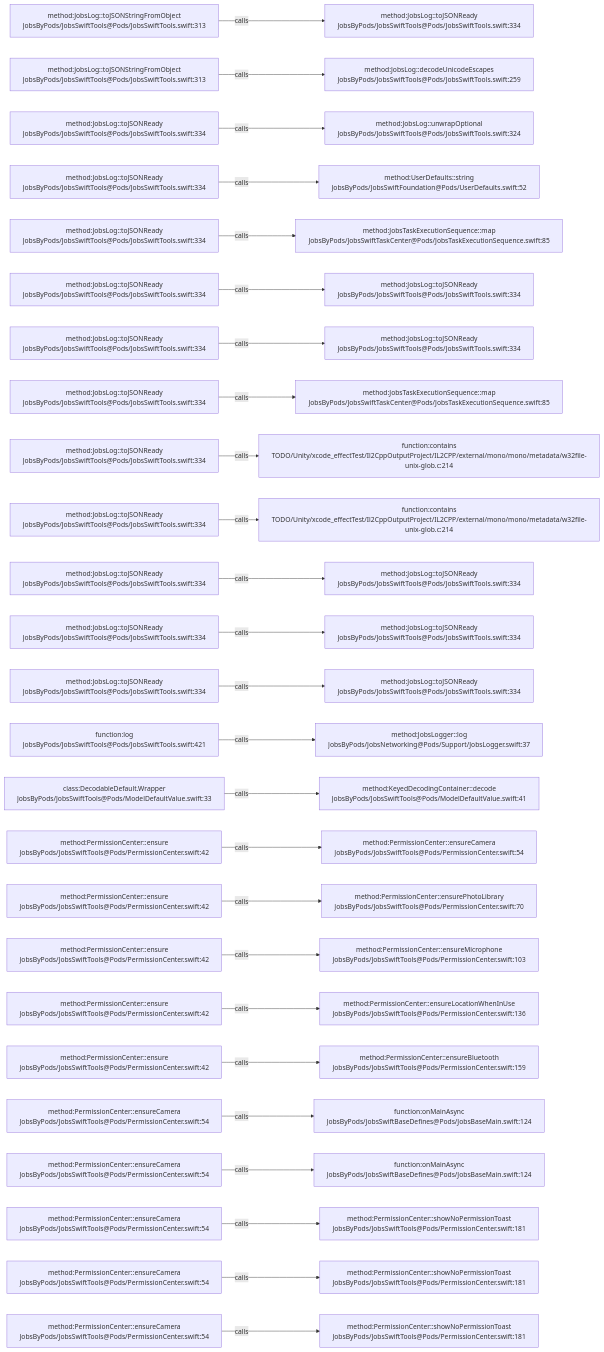
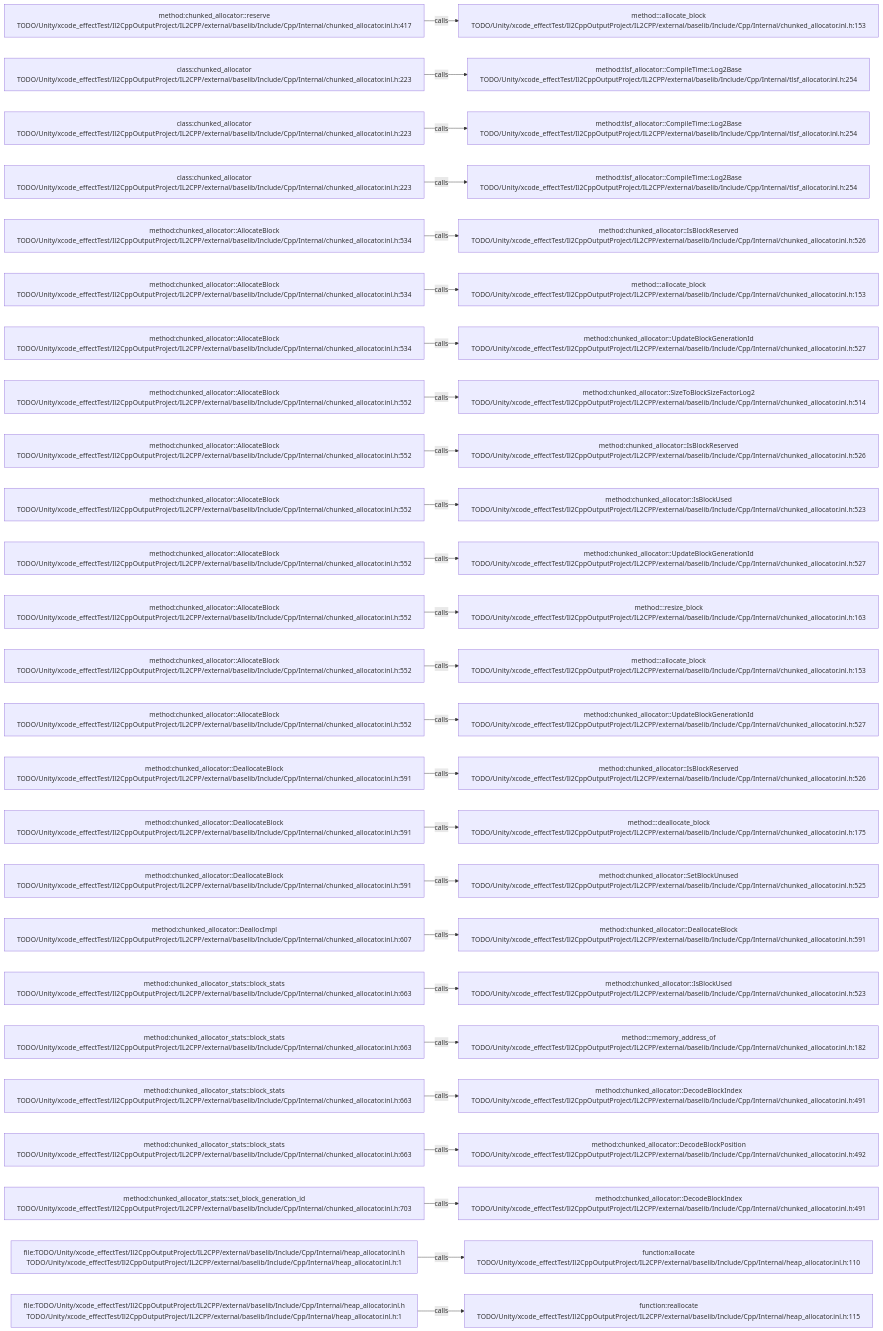
The diagram in .codegraph/codegraph.md/graphs/calls-065.md (JobsKits/JobsSwiftBaseConfigDemo), drawn with Mermaid before and after one commit. The commit also changed 227 other files, not shown here.

````diff
--- a/.codegraph/codegraph.md/graphs/calls-065.md
+++ b/.codegraph/codegraph.md/graphs/calls-065.md
@@ -13,78 +13,78 @@
 ```mermaid
 flowchart LR
-  S1["method:JobsLog::toJSONStringFromObject<br/>JobsByPods/JobsSwiftTools@Pods/JobsSwiftTools.swift:313"]
-  T1["method:JobsLog::toJSONReady<br/>JobsByPods/JobsSwiftTools@Pods/JobsSwiftTools.swift:334"]
+  S1["method:chunked_allocator::reserve<br/>TODO/Unity/xcode_effectTest/Il2CppOutputProject/IL2CPP/external/baselib/Include/Cpp/Internal/chunked_allocator.inl.h:417"]
+  T1["method:<anonymous>::allocate_block<br/>TODO/Unity/xcode_effectTest/Il2CppOutputProject/IL2CPP/external/baselib/Include/Cpp/Internal/chunked_allocator.inl.h:153"]
   S1 -->|calls| T1
-  S2["method:JobsLog::toJSONStringFromObject<br/>JobsByPods/JobsSwiftTools@Pods/JobsSwiftTools.swift:313"]
-  T2["method:JobsLog::decodeUnicodeEscapes<br/>JobsByPods/JobsSwiftTools@Pods/JobsSwiftTools.swift:259"]
+  S2["class:chunked_allocator<br/>TODO/Unity/xcode_effectTest/Il2CppOutputProject/IL2CPP/external/baselib/Include/Cpp/Internal/chunked_allocator.inl.h:223"]
+  T2["method:tlsf_allocator::CompileTime::Log2Base<br/>TODO/Unity/xcode_effectTest/Il2CppOutputProject/IL2CPP/external/baselib/Include/Cpp/Internal/tlsf_allocator.inl.h:254"]
   S2 -->|calls| T2
-  S3["method:JobsLog::toJSONReady<br/>JobsByPods/JobsSwiftTools@Pods/JobsSwiftTools.swift:334"]
-  T3["method:JobsLog::unwrapOptional<br/>JobsByPods/JobsSwiftTools@Pods/JobsSwiftTools.swift:324"]
+  S3["class:chunked_allocator<br/>TODO/Unity/xcode_effectTest/Il2CppOutputProject/IL2CPP/external/baselib/Include/Cpp/Internal/chunked_allocator.inl.h:223"]
+  T3["method:tlsf_allocator::CompileTime::Log2Base<br/>TODO/Unity/xcode_effectTest/Il2CppOutputProject/IL2CPP/external/baselib/Include/Cpp/Internal/tlsf_allocator.inl.h:254"]
   S3 -->|calls| T3
-  S4["method:JobsLog::toJSONReady<br/>JobsByPods/JobsSwiftTools@Pods/JobsSwiftTools.swift:334"]
-  T4["method:UserDefaults::string<br/>JobsByPods/JobsSwiftFoundation@Pods/UserDefaults.swift:52"]
+  S4["class:chunked_allocator<br/>TODO/Unity/xcode_effectTest/Il2CppOutputProject/IL2CPP/external/baselib/Include/Cpp/Internal/chunked_allocator.inl.h:223"]
+  T4["method:tlsf_allocator::CompileTime::Log2Base<br/>TODO/Unity/xcode_effectTest/Il2CppOutputProject/IL2CPP/external/baselib/Include/Cpp/Internal/tlsf_allocator.inl.h:254"]
   S4 -->|calls| T4
-  S5["method:JobsLog::toJSONReady<br/>JobsByPods/JobsSwiftTools@Pods/JobsSwiftTools.swift:334"]
-  T5["method:JobsTaskExecutionSequence::map<br/>JobsByPods/JobsSwiftTaskCenter@Pods/JobsTaskExecutionSequence.swift:85"]
+  S5["method:chunked_allocator::AllocateBlock<br/>TODO/Unity/xcode_effectTest/Il2CppOutputProject/IL2CPP/external/baselib/Include/Cpp/Internal/chunked_allocator.inl.h:534"]
+  T5["method:chunked_allocator::IsBlockReserved<br/>TODO/Unity/xcode_effectTest/Il2CppOutputProject/IL2CPP/external/baselib/Include/Cpp/Internal/chunked_allocator.inl.h:526"]
   S5 -->|calls| T5
-  S6["method:JobsLog::toJSONReady<br/>JobsByPods/JobsSwiftTools@Pods/JobsSwiftTools.swift:334"]
-  T6["method:JobsLog::toJSONReady<br/>JobsByPods/JobsSwiftTools@Pods/JobsSwiftTools.swift:334"]
+  S6["method:chunked_allocator::AllocateBlock<br/>TODO/Unity/xcode_effectTest/Il2CppOutputProject/IL2CPP/external/baselib/Include/Cpp/Internal/chunked_allocator.inl.h:534"]
+  T6["method:<anonymous>::allocate_block<br/>TODO/Unity/xcode_effectTest/Il2CppOutputProject/IL2CPP/external/baselib/Include/Cpp/Internal/chunked_allocator.inl.h:153"]
   S6 -->|calls| T6
-  S7["method:JobsLog::toJSONReady<br/>JobsByPods/JobsSwiftTools@Pods/JobsSwiftTools.swift:334"]
-  T7["method:JobsLog::toJSONReady<br/>JobsByPods/JobsSwiftTools@Pods/JobsSwiftTools.swift:334"]
+  S7["method:chunked_allocator::AllocateBlock<br/>TODO/Unity/xcode_effectTest/Il2CppOutputProject/IL2CPP/external/baselib/Include/Cpp/Internal/chunked_allocator.inl.h:534"]
+  T7["method:chunked_allocator::UpdateBlockGenerationId<br/>TODO/Unity/xcode_effectTest/Il2CppOutputProject/IL2CPP/external/baselib/Include/Cpp/Internal/chunked_allocator.inl.h:527"]
   S7 -->|calls| T7
-  S8["method:JobsLog::toJSONReady<br/>JobsByPods/JobsSwiftTools@Pods/JobsSwiftTools.swift:334"]
-  T8["method:JobsTaskExecutionSequence::map<br/>JobsByPods/JobsSwiftTaskCenter@Pods/JobsTaskExecutionSequence.swift:85"]
+  S8["method:chunked_allocator::AllocateBlock<br/>TODO/Unity/xcode_effectTest/Il2CppOutputProject/IL2CPP/external/baselib/Include/Cpp/Internal/chunked_allocator.inl.h:552"]
+  T8["method:chunked_allocator::SizeToBlockSizeFactorLog2<br/>TODO/Unity/xcode_effectTest/Il2CppOutputProject/IL2CPP/external/baselib/Include/Cpp/Internal/chunked_allocator.inl.h:514"]
   S8 -->|calls| T8
-  S9["method:JobsLog::toJSONReady<br/>JobsByPods/JobsSwiftTools@Pods/JobsSwiftTools.swift:334"]
-  T9["function:contains<br/>TODO/Unity/xcode_effectTest/Il2CppOutputProject/IL2CPP/external/mono/mono/metadata/w32file-unix-glob.c:214"]
+  S9["method:chunked_allocator::AllocateBlock<br/>TODO/Unity/xcode_effectTest/Il2CppOutputProject/IL2CPP/external/baselib/Include/Cpp/Internal/chunked_allocator.inl.h:552"]
+  T9["method:chunked_allocator::IsBlockReserved<br/>TODO/Unity/xcode_effectTest/Il2CppOutputProject/IL2CPP/external/baselib/Include/Cpp/Internal/chunked_allocator.inl.h:526"]
   S9 -->|calls| T9
-  S10["method:JobsLog::toJSONReady<br/>JobsByPods/JobsSwiftTools@Pods/JobsSwiftTools.swift:334"]
-  T10["function:contains<br/>TODO/Unity/xcode_effectTest/Il2CppOutputProject/IL2CPP/external/mono/mono/metadata/w32file-unix-glob.c:214"]
+  S10["method:chunked_allocator::AllocateBlock<br/>TODO/Unity/xcode_effectTest/Il2CppOutputProject/IL2CPP/external/baselib/Include/Cpp/Internal/chunked_allocator.inl.h:552"]
+  T10["method:chunked_allocator::IsBlockUsed<br/>TODO/Unity/xcode_effectTest/Il2CppOutputProject/IL2CPP/external/baselib/Include/Cpp/Internal/chunked_allocator.inl.h:523"]
   S10 -->|calls| T10
-  S11["method:JobsLog::toJSONReady<br/>JobsByPods/JobsSwiftTools@Pods/JobsSwiftTools.swift:334"]
-  T11["method:JobsLog::toJSONReady<br/>JobsByPods/JobsSwiftTools@Pods/JobsSwiftTools.swift:334"]
+  S11["method:chunked_allocator::AllocateBlock<br/>TODO/Unity/xcode_effectTest/Il2CppOutputProject/IL2CPP/external/baselib/Include/Cpp/Internal/chunked_allocator.inl.h:552"]
+  T11["method:chunked_allocator::UpdateBlockGenerationId<br/>TODO/Unity/xcode_effectTest/Il2CppOutputProject/IL2CPP/external/baselib/Include/Cpp/Internal/chunked_allocator.inl.h:527"]
   S11 -->|calls| T11
-  S12["method:JobsLog::toJSONReady<br/>JobsByPods/JobsSwiftTools@Pods/JobsSwiftTools.swift:334"]
-  T12["method:JobsLog::toJSONReady<br/>JobsByPods/JobsSwiftTools@Pods/JobsSwiftTools.swift:334"]
+  S12["method:chunked_allocator::AllocateBlock<br/>TODO/Unity/xcode_effectTest/Il2CppOutputProject/IL2CPP/external/baselib/Include/Cpp/Internal/chunked_allocator.inl.h:552"]
+  T12["method:<anonymous>::resize_block<br/>TODO/Unity/xcode_effectTest/Il2CppOutputProject/IL2CPP/external/baselib/Include/Cpp/Internal/chunked_allocator.inl.h:163"]
   S12 -->|calls| T12
-  S13["method:JobsLog::toJSONReady<br/>JobsByPods/JobsSwiftTools@Pods/JobsSwiftTools.swift:334"]
-  T13["method:JobsLog::toJSONReady<br/>JobsByPods/JobsSwiftTools@Pods/JobsSwiftTools.swift:334"]
+  S13["method:chunked_allocator::AllocateBlock<br/>TODO/Unity/xcode_effectTest/Il2CppOutputProject/IL2CPP/external/baselib/Include/Cpp/Internal/chunked_allocator.inl.h:552"]
+  T13["method:<anonymous>::allocate_block<br/>TODO/Unity/xcode_effectTest/Il2CppOutputProject/IL2CPP/external/baselib/Include/Cpp/Internal/chunked_allocator.inl.h:153"]
   S13 -->|calls| T13
-  S14["function:log<br/>JobsByPods/JobsSwiftTools@Pods/JobsSwiftTools.swift:421"]
-  T14["method:JobsLogger::log<br/>JobsByPods/JobsNetworking@Pods/Support/JobsLogger.swift:37"]
+  S14["method:chunked_allocator::AllocateBlock<br/>TODO/Unity/xcode_effectTest/Il2CppOutputProject/IL2CPP/external/baselib/Include/Cpp/Internal/chunked_allocator.inl.h:552"]
+  T14["method:chunked_allocator::UpdateBlockGenerationId<br/>TODO/Unity/xcode_effectTest/Il2CppOutputProject/IL2CPP/external/baselib/Include/Cpp/Internal/chunked_allocator.inl.h:527"]
   S14 -->|calls| T14
-  S15["class:DecodableDefault.Wrapper<br/>JobsByPods/JobsSwiftTools@Pods/ModelDefaultValue.swift:33"]
-  T15["method:KeyedDecodingContainer::decode<br/>JobsByPods/JobsSwiftTools@Pods/ModelDefaultValue.swift:41"]
+  S15["method:chunked_allocator::DeallocateBlock<br/>TODO/Unity/xcode_effectTest/Il2CppOutputProject/IL2CPP/external/baselib/Include/Cpp/Internal/chunked_allocator.inl.h:591"]
+  T15["method:chunked_allocator::IsBlockReserved<br/>TODO/Unity/xcode_effectTest/Il2CppOutputProject/IL2CPP/external/baselib/Include/Cpp/Internal/chunked_allocator.inl.h:526"]
   S15 -->|calls| T15
-  S16["method:PermissionCenter::ensure<br/>JobsByPods/JobsSwiftTools@Pods/PermissionCenter.swift:42"]
-  T16["method:PermissionCenter::ensureCamera<br/>JobsByPods/JobsSwiftTools@Pods/PermissionCenter.swift:54"]
+  S16["method:chunked_allocator::DeallocateBlock<br/>TODO/Unity/xcode_effectTest/Il2CppOutputProject/IL2CPP/external/baselib/Include/Cpp/Internal/chunked_allocator.inl.h:591"]
+  T16["method:<anonymous>::deallocate_block<br/>TODO/Unity/xcode_effectTest/Il2CppOutputProject/IL2CPP/external/baselib/Include/Cpp/Internal/chunked_allocator.inl.h:175"]
   S16 -->|calls| T16
-  S17["method:PermissionCenter::ensure<br/>JobsByPods/JobsSwiftTools@Pods/PermissionCenter.swift:42"]
-  T17["method:PermissionCenter::ensurePhotoLibrary<br/>JobsByPods/JobsSwiftTools@Pods/PermissionCenter.swift:70"]
+  S17["method:chunked_allocator::DeallocateBlock<br/>TODO/Unity/xcode_effectTest/Il2CppOutputProject/IL2CPP/external/baselib/Include/Cpp/Internal/chunked_allocator.inl.h:591"]
+  T17["method:chunked_allocator::SetBlockUnused<br/>TODO/Unity/xcode_effectTest/Il2CppOutputProject/IL2CPP/external/baselib/Include/Cpp/Internal/chunked_allocator.inl.h:525"]
   S17 -->|calls| T17
-  S18["method:PermissionCenter::ensure<br/>JobsByPods/JobsSwiftTools@Pods/PermissionCenter.swift:42"]
-  T18["method:PermissionCenter::ensureMicrophone<br/>JobsByPods/JobsSwiftTools@Pods/PermissionCenter.swift:103"]
+  S18["method:chunked_allocator::DeallocImpl<br/>TODO/Unity/xcode_effectTest/Il2CppOutputProject/IL2CPP/external/baselib/Include/Cpp/Internal/chunked_allocator.inl.h:607"]
+  T18["method:chunked_allocator::DeallocateBlock<br/>TODO/Unity/xcode_effectTest/Il2CppOutputProject/IL2CPP/external/baselib/Include/Cpp/Internal/chunked_allocator.inl.h:591"]
   S18 -->|calls| T18
-  S19["method:PermissionCenter::ensure<br/>JobsByPods/JobsSwiftTools@Pods/PermissionCenter.swift:42"]
-  T19["method:PermissionCenter::ensureLocationWhenInUse<br/>JobsByPods/JobsSwiftTools@Pods/PermissionCenter.swift:136"]
+  S19["method:chunked_allocator_stats::block_stats<br/>TODO/Unity/xcode_effectTest/Il2CppOutputProject/IL2CPP/external/baselib/Include/Cpp/Internal/chunked_allocator.inl.h:663"]
+  T19["method:chunked_allocator::IsBlockUsed<br/>TODO/Unity/xcode_effectTest/Il2CppOutputProject/IL2CPP/external/baselib/Include/Cpp/Internal/chunked_allocator.inl.h:523"]
   S19 -->|calls| T19
-  S20["method:PermissionCenter::ensure<br/>JobsByPods/JobsSwiftTools@Pods/PermissionCenter.swift:42"]
-  T20["method:PermissionCenter::ensureBluetooth<br/>JobsByPods/JobsSwiftTools@Pods/PermissionCenter.swift:159"]
+  S20["method:chunked_allocator_stats::block_stats<br/>TODO/Unity/xcode_effectTest/Il2CppOutputProject/IL2CPP/external/baselib/Include/Cpp/Internal/chunked_allocator.inl.h:663"]
+  T20["method:<anonymous>::memory_address_of<br/>TODO/Unity/xcode_effectTest/Il2CppOutputProject/IL2CPP/external/baselib/Include/Cpp/Internal/chunked_allocator.inl.h:182"]
   S20 -->|calls| T20
-  S21["method:PermissionCenter::ensureCamera<br/>JobsByPods/JobsSwiftTools@Pods/PermissionCenter.swift:54"]
-  T21["function:onMainAsync<br/>JobsByPods/JobsSwiftBaseDefines@Pods/JobsBaseMain.swift:124"]
+  S21["method:chunked_allocator_stats::block_stats<br/>TODO/Unity/xcode_effectTest/Il2CppOutputProject/IL2CPP/external/baselib/Include/Cpp/Internal/chunked_allocator.inl.h:663"]
+  T21["method:chunked_allocator::DecodeBlockIndex<br/>TODO/Unity/xcode_effectTest/Il2CppOutputProject/IL2CPP/external/baselib/Include/Cpp/Internal/chunked_allocator.inl.h:491"]
   S21 -->|calls| T21
-  S22["method:PermissionCenter::ensureCamera<br/>JobsByPods/JobsSwiftTools@Pods/PermissionCenter.swift:54"]
-  T22["function:onMainAsync<br/>JobsByPods/JobsSwiftBaseDefines@Pods/JobsBaseMain.swift:124"]
+  S22["method:chunked_allocator_stats::block_stats<br/>TODO/Unity/xcode_effectTest/Il2CppOutputProject/IL2CPP/external/baselib/Include/Cpp/Internal/chunked_allocator.inl.h:663"]
+  T22["method:chunked_allocator::DecodeBlockPosition<br/>TODO/Unity/xcode_effectTest/Il2CppOutputProject/IL2CPP/external/baselib/Include/Cpp/Internal/chunked_allocator.inl.h:492"]
   S22 -->|calls| T22
-  S23["method:PermissionCenter::ensureCamera<br/>JobsByPods/JobsSwiftTools@Pods/PermissionCenter.swift:54"]
-  T23["method:PermissionCenter::showNoPermissionToast<br/>JobsByPods/JobsSwiftTools@Pods/PermissionCenter.swift:181"]
+  S23["method:chunked_allocator_stats::set_block_generation_id<br/>TODO/Unity/xcode_effectTest/Il2CppOutputProject/IL2CPP/external/baselib/Include/Cpp/Internal/chunked_allocator.inl.h:703"]
+  T23["method:chunked_allocator::DecodeBlockIndex<br/>TODO/Unity/xcode_effectTest/Il2CppOutputProject/IL2CPP/external/baselib/Include/Cpp/Internal/chunked_allocator.inl.h:491"]
   S23 -->|calls| T23
-  S24["method:PermissionCenter::ensureCamera<br/>JobsByPods/JobsSwiftTools@Pods/PermissionCenter.swift:54"]
-  T24["method:PermissionCenter::showNoPermissionToast<br/>JobsByPods/JobsSwiftTools@Pods/PermissionCenter.swift:181"]
+  S24["file:TODO/Unity/xcode_effectTest/Il2CppOutputProject/IL2CPP/external/baselib/Include/Cpp/Internal/heap_allocator.inl.h<br/>TODO/Unity/xcode_effectTest/Il2CppOutputProject/IL2CPP/external/baselib/Include/Cpp/Internal/heap_allocator.inl.h:1"]
+  T24["function:allocate<br/>TODO/Unity/xcode_effectTest/Il2CppOutputProject/IL2CPP/external/baselib/Include/Cpp/Internal/heap_allocator.inl.h:110"]
   S24 -->|calls| T24
-  S25["method:PermissionCenter::ensureCamera<br/>JobsByPods/JobsSwiftTools@Pods/PermissionCenter.swift:54"]
-  T25["method:PermissionCenter::showNoPermissionToast<br/>JobsByPods/JobsSwiftTools@Pods/PermissionCenter.swift:181"]
+  S25["file:TODO/Unity/xcode_effectTest/Il2CppOutputProject/IL2CPP/external/baselib/Include/Cpp/Internal/heap_allocator.inl.h<br/>TODO/Unity/xcode_effectTest/Il2CppOutputProject/IL2CPP/external/baselib/Include/Cpp/Internal/heap_allocator.inl.h:1"]
+  T25["function:reallocate<br/>TODO/Unity/xcode_effectTest/Il2CppOutputProject/IL2CPP/external/baselib/Include/Cpp/Internal/heap_allocator.inl.h:115"]
   S25 -->|calls| T25
 ```
````
